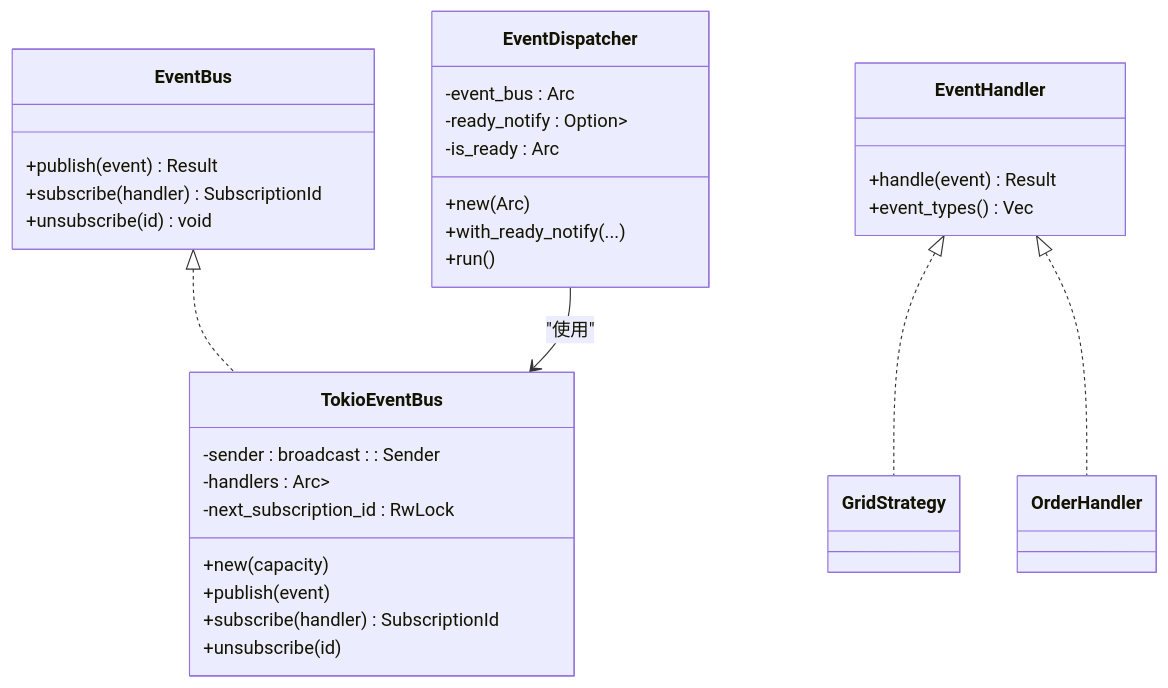
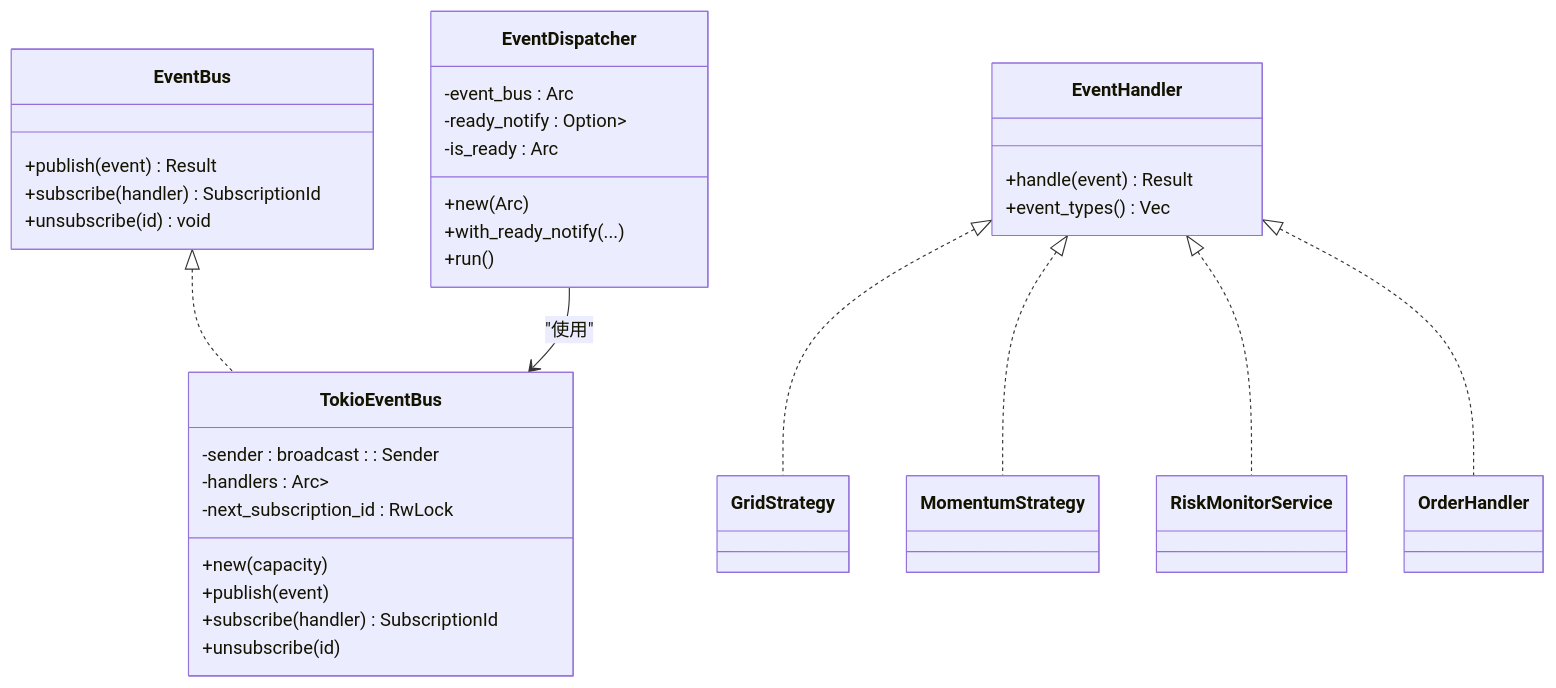
The third of 12 diagrams in .qoder/repowiki/zh/content/架构设计/事件驱动架构.md (Heres1/binanceWebsocket), drawn with Mermaid before and after one commit. The commit also changed other lines of this file and 14 other files, not shown here.

````diff
--- a/.qoder/repowiki/zh/content/架构设计/事件驱动架构.md
+++ b/.qoder/repowiki/zh/content/架构设计/事件驱动架构.md
@@ -161,33 +220,35 @@
 ```mermaid
 classDiagram
 class EventBus {
 +publish(event) Result
 +subscribe(handler) SubscriptionId
 +unsubscribe(id) void
 }
 class EventHandler {
 +handle(event) Result
 +event_types() Vec<EventType>
 }
 class TokioEventBus {
 -sender : broadcast : : Sender
 -handlers : Arc<RwLock<HashMap>>
 -next_subscription_id : RwLock<u64>
 +new(capacity)
 +publish(event)
 +subscribe(handler) SubscriptionId
 +unsubscribe(id)
 }
 class EventDispatcher {
 -event_bus : Arc<TokioEventBus>
 -ready_notify : Option<Arc<Notify>>
 -is_ready : Arc<AtomicBool>
 +new(Arc<TokioEventBus>)
 +with_ready_notify(...)
 +run()
 }
 EventBus <|.. TokioEventBus
 EventHandler <|.. GridStrategy
+EventHandler <|.. MomentumStrategy
+EventHandler <|.. RiskMonitorService
 EventHandler <|.. OrderHandler
 EventDispatcher --> TokioEventBus : "使用"
 ```
````
